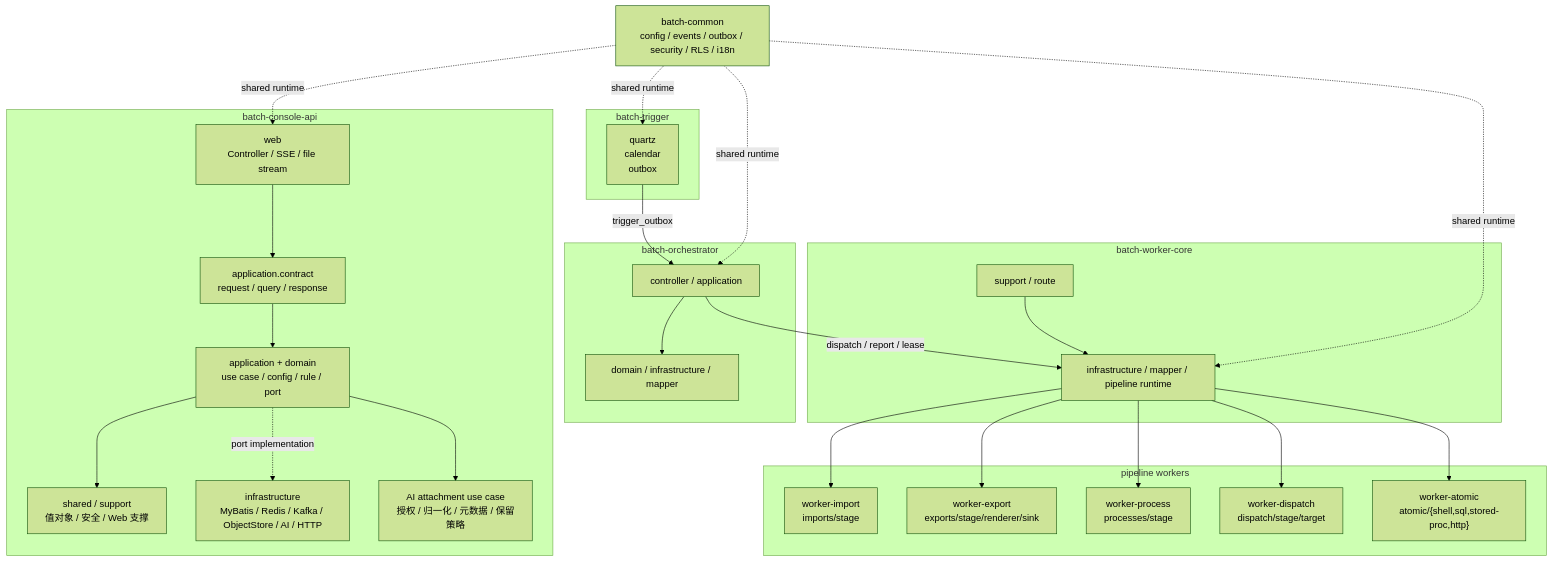
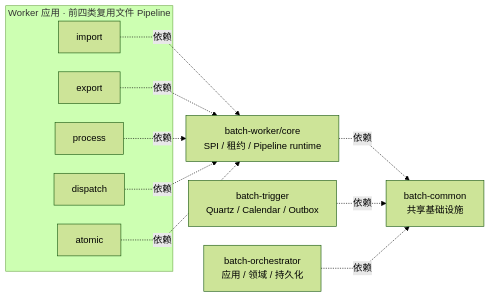
Before and after one commit to pinpols/file-batch-system: the second of 3 diagrams in docs/architecture/project-structure.md, drawn with Mermaid (forest theme). The commit also changed other lines of this file and 5032 other files, not shown here.

````diff
--- a/docs/architecture/project-structure.md
+++ b/docs/architecture/project-structure.md
@@ -187,53 +144,19 @@
 ```mermaid
-flowchart TB
-  COMMON["batch-common\nconfig / events / outbox / security / RLS / i18n"]
-
-  subgraph TRIGGER_MODULE["batch-trigger"]
-    TQ["quartz\ncalendar\noutbox"]
+%%{init: {"flowchart":{"curve":"linear","nodeSpacing":32,"rankSpacing":48},"sequence":{"mirrorActors":false}}}%%
+flowchart LR
+  subgraph WORKERS["Worker 应用 · 前四类复用文件 Pipeline"]
+    IMP["import"]
+    EXP["export"]
+    PROC["process"]
+    DISP["dispatch"]
+    AT["atomic"]
   end
-
-  subgraph ORCHESTRATOR_MODULE["batch-orchestrator"]
-    OA["controller / application"]
-    OD["domain / infrastructure / mapper"]
-    OA --> OD
-  end
-
-  subgraph CORE_MODULE["batch-worker-core"]
-    CORE_SUPPORT["support / route"]
-    CI["infrastructure / mapper / pipeline runtime"]
-    CORE_SUPPORT --> CI
-  end
-
-  subgraph PIPELINE_MODULES["pipeline workers"]
-    IMP["worker-import\nimports/stage"]
-    EXP["worker-export\nexports/stage/renderer/sink"]
-    PROC["worker-process\nprocesses/stage"]
-    DISP["worker-dispatch\ndispatch/stage/target"]
-    AT["worker-atomic\natomic/{shell,sql,stored-proc,http}"]
-  end
-
-  subgraph CONSOLE_MODULE["batch-console-api"]
-    CW["web\nController / SSE / file stream"]
-    CC["application.contract\nrequest / query / response"]
-    CA["application + domain\nuse case / config / rule / port"]
-    CONSOLE_SHARED["shared / support\n值对象 / 安全 / Web 支撑"]
-    CX["infrastructure\nMyBatis / Redis / Kafka / ObjectStore / AI / HTTP"]
-    AI_ATTACH["AI attachment use case\n授权 / 归一化 / 元数据 / 保留策略"]
-    CW --> CC --> CA
-    CA --> CONSOLE_SHARED
-    CA --> AI_ATTACH
-    CA -. "port implementation" .-> CX
-  end
-
-  TQ -->|"trigger_outbox"| OA
-  OA -->|"dispatch / report / lease"| CI
-  CI --> IMP
-  CI --> EXP
-  CI --> PROC
-  CI --> DISP
-  CI --> AT
-  COMMON -. "shared runtime" .-> TQ
-  COMMON -. "shared runtime" .-> OA
-  COMMON -. "shared runtime" .-> CI
-  COMMON -. "shared runtime" .-> CW
+  IMP -. "依赖" .-> CORE["batch-worker/core<br/>SPI / 租约 / Pipeline runtime"]
+  EXP -. "依赖" .-> CORE
+  PROC -. "依赖" .-> CORE
+  DISP -. "依赖" .-> CORE
+  AT -. "依赖" .-> CORE
+  CORE -. "依赖" .-> COMMON["batch-common<br/>共享基础设施"]
+  T["batch-trigger<br/>Quartz / Calendar / Outbox"] -. "依赖" .-> COMMON
+  O["batch-orchestrator<br/>应用 / 领域 / 持久化"] -. "依赖" .-> COMMON
 ```
````
